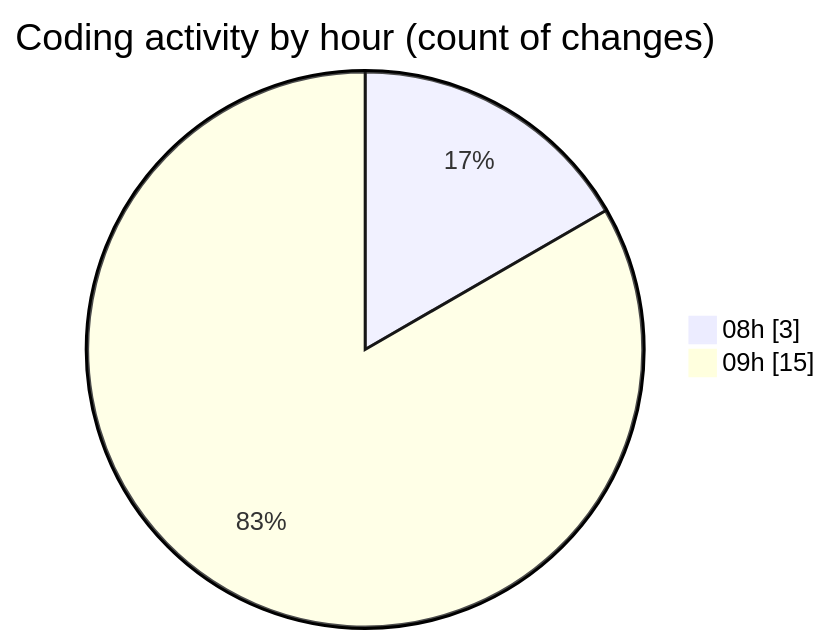
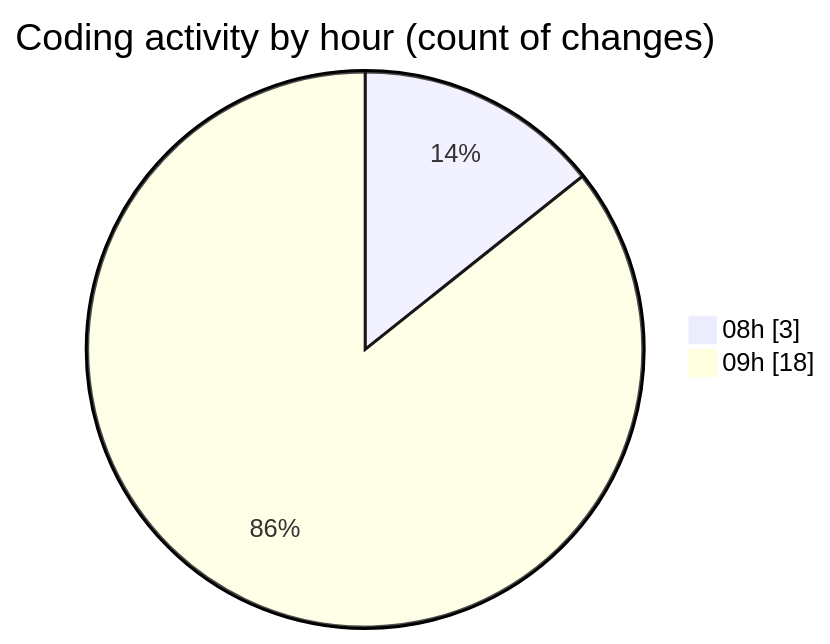
The second of 2 diagrams in 2026-09-03/web_tec_2026/README.md (Unknowalive/code-tracking), drawn with Mermaid before and after one commit. The commit also changed other lines of this file and 1 other file, not shown here.

````diff
--- a/2026-09-03/web_tec_2026/README.md
+++ b/2026-09-03/web_tec_2026/README.md
@@ -42,6 +45,6 @@
 ```mermaid
 pie showData
 title Coding activity by hour (count of changes)
 "08h" : 3
-"09h" : 15
+"09h" : 18
 ```
````
